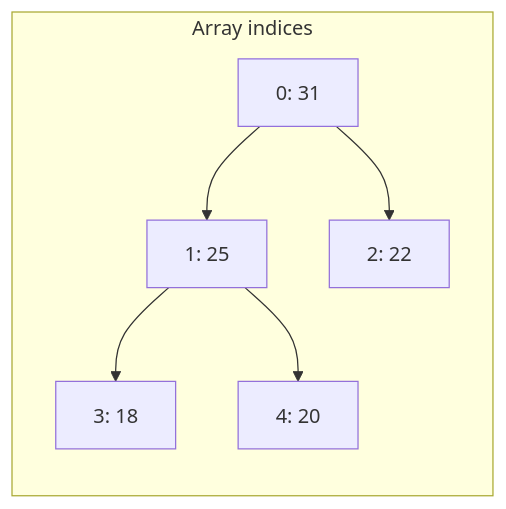
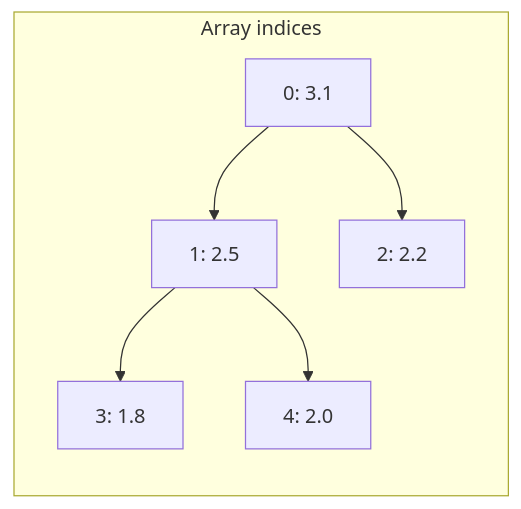
Before and after one commit to qgjones9/python-programming-guide: the third of 8 diagrams in docs/dsa/data-structures/max-heap/index.md, drawn with Mermaid. The commit also changed other lines of this file and 29 other files, not shown here.

````diff
--- a/docs/dsa/data-structures/max-heap/index.md
+++ b/docs/dsa/data-structures/max-heap/index.md
@@ -86,15 +86,15 @@
 ```mermaid
 flowchart LR
   subgraph indices["Array indices"]
     direction TB
-    I0["0: 31"]
-    I1["1: 25"]
-    I2["2: 22"]
-    I3["3: 18"]
-    I4["4: 20"]
+    I0["0: 3.1"]
+    I1["1: 2.5"]
+    I2["2: 2.2"]
+    I3["3: 1.8"]
+    I4["4: 2.0"]
   end
   I0 --> I1
   I0 --> I2
   I1 --> I3
   I1 --> I4
 ```
````
